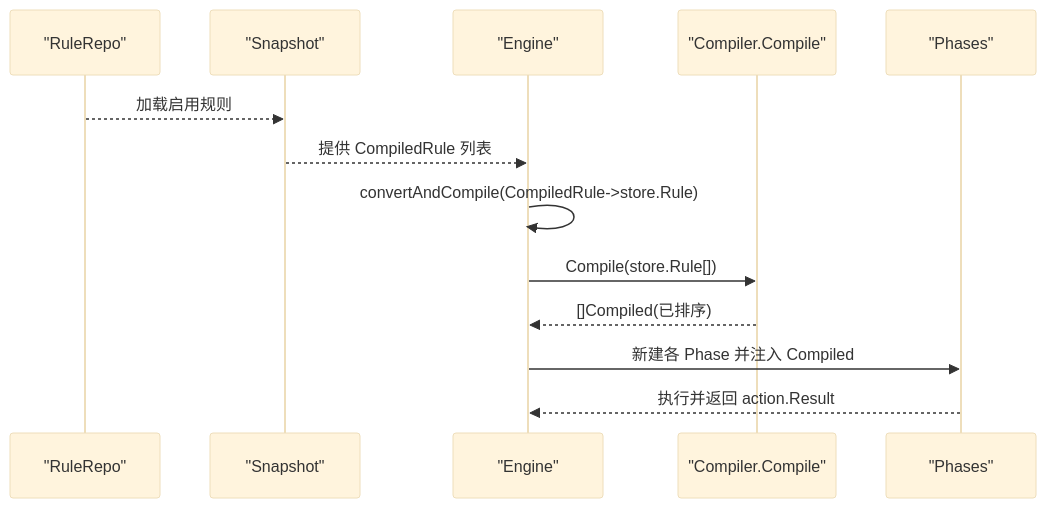
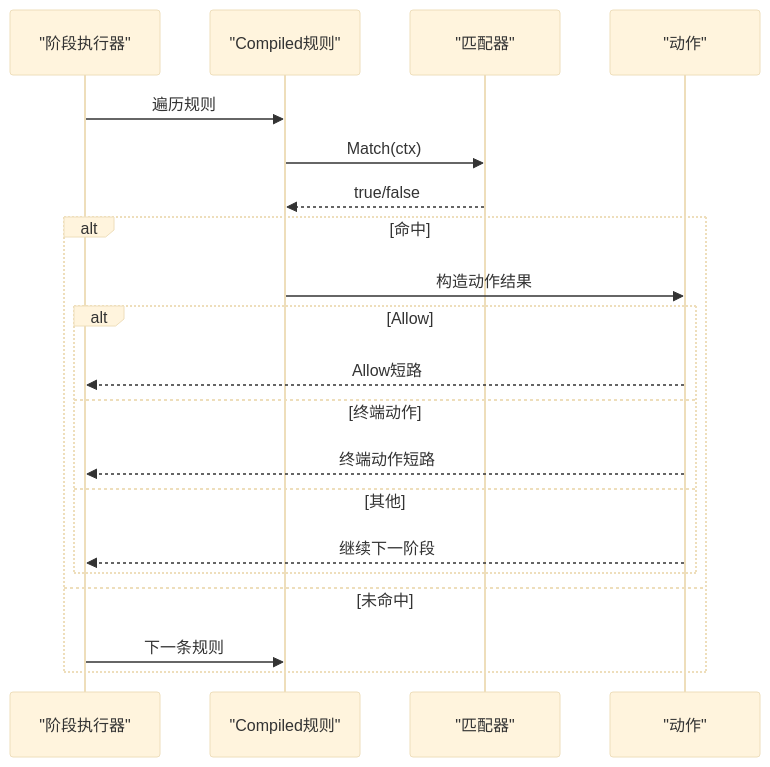
The seventh of 9 diagrams in docs/WAF 引擎系统/规则编译器.md (x01n/My-OpenWaf), drawn with Mermaid (base theme) before and after one commit. The commit also changed other lines of this file and 199 other files, not shown here.

````diff
--- a/docs/WAF 引擎系统/规则编译器.md
+++ b/docs/WAF 引擎系统/规则编译器.md
@@ -233,15 +307,22 @@
 ```mermaid
 sequenceDiagram
-participant Repo as "RuleRepo"
-participant Snap as "Snapshot"
-participant Eng as "Engine"
-participant Cmp as "Compiler.Compile"
-participant Ph as "Phases"
-Repo-->>Snap : 加载启用规则
-Snap-->>Eng : 提供 CompiledRule 列表
-Eng->>Eng : convertAndCompile(CompiledRule->store.Rule)
-Eng->>Cmp : Compile(store.Rule[])
-Cmp-->>Eng : []Compiled(已排序)
-Eng->>Ph : 新建各 Phase 并注入 Compiled
-Ph-->>Eng : 执行并返回 action.Result
+participant PH as "阶段执行器"
+participant CR as "Compiled规则"
+participant MAT as "匹配器"
+participant ACT as "动作"
+PH->>CR : 遍历规则
+CR->>MAT : Match(ctx)
+MAT-->>CR : true/false
+alt 命中
+CR->>ACT : 构造动作结果
+alt Allow
+ACT-->>PH : Allow短路
+else 终端动作
+ACT-->>PH : 终端动作短路
+else 其他
+ACT-->>PH : 继续下一阶段
+end
+else 未命中
+PH->>CR : 下一条规则
+end
 ```
````
